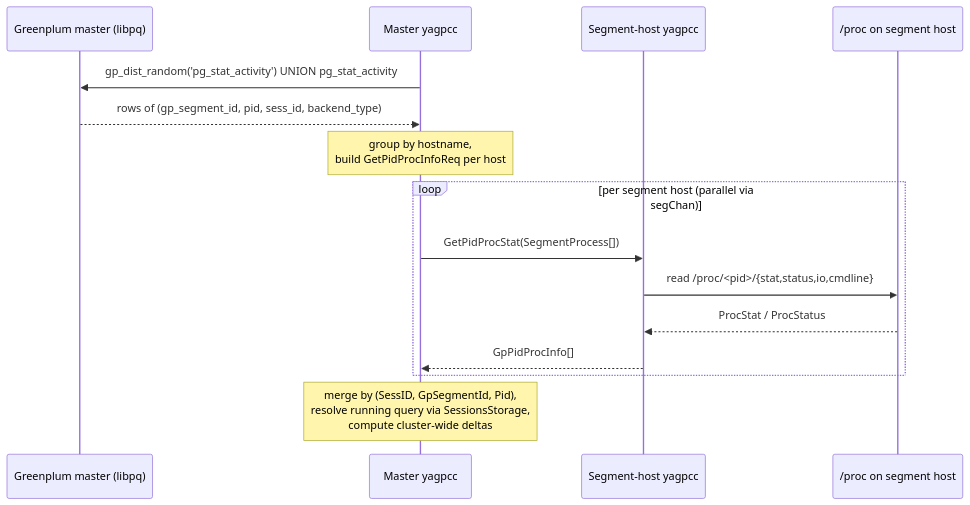
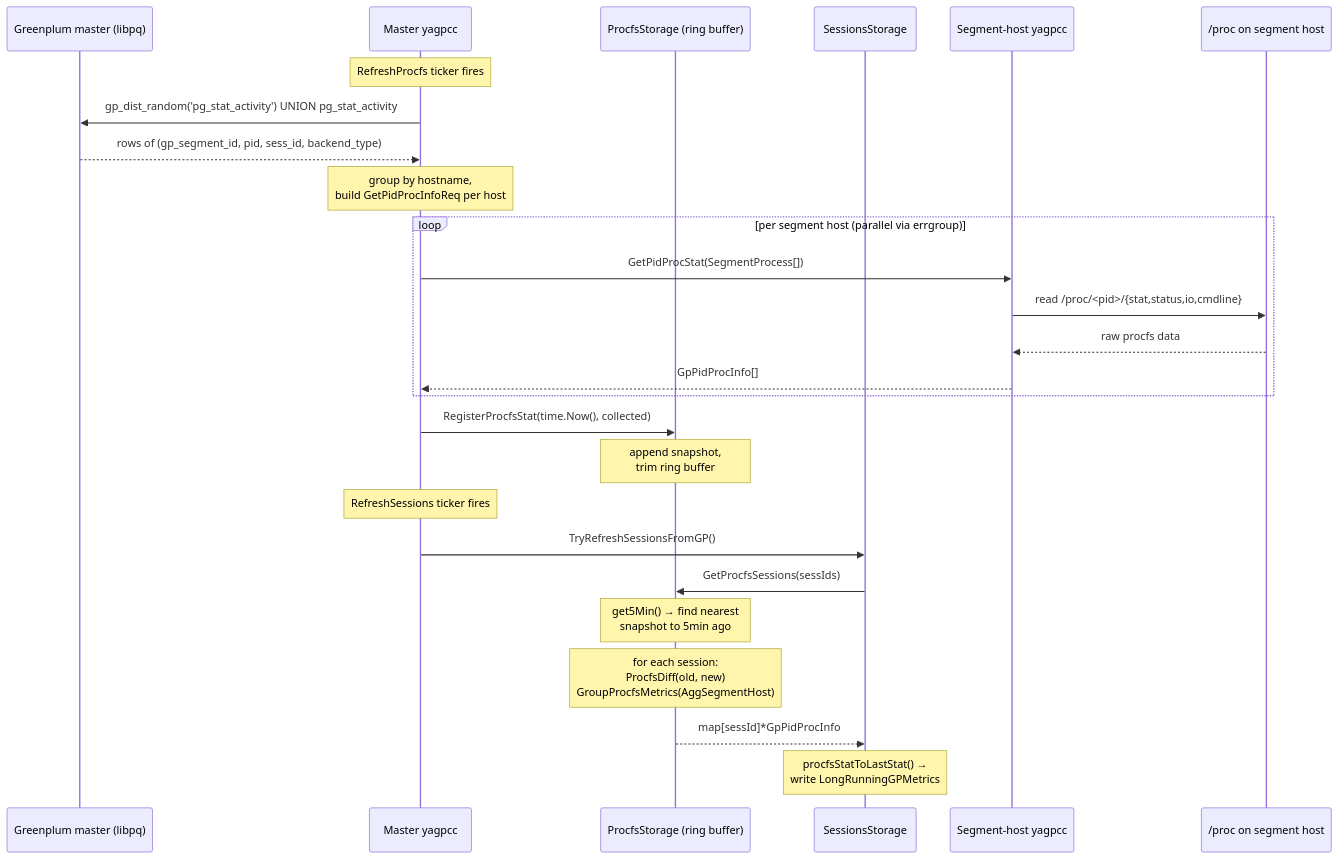
One commit to open-gpdb/yagpcc changed the diagram in docs/proc-stats-flow.md. Above: the diagram before and after it, drawn with Mermaid. The commit also changed other lines of this file, not shown here.

Commit message:
Make actual architecture description (#27)

````diff
--- a/docs/proc-stats-flow.md
+++ b/docs/proc-stats-flow.md
@@ -174,18 +241,30 @@
 ```mermaid
 sequenceDiagram
     participant GP as Greenplum master (libpq)
     participant M as Master yagpcc
+    participant PS as ProcfsStorage (ring buffer)
+    participant SS as SessionsStorage
     participant SH as Segment-host yagpcc
     participant Procfs as /proc on segment host
 
+    Note over M: RefreshProcfs ticker fires
     M->>GP: gp_dist_random('pg_stat_activity') UNION pg_stat_activity
     GP-->>M: rows of (gp_segment_id, pid, sess_id, backend_type)
     Note over M: group by hostname,<br/>build GetPidProcInfoReq per host
-    loop per segment host (parallel via segChan)
+    loop per segment host (parallel via errgroup)
         M->>SH: GetPidProcStat(SegmentProcess[])
         SH->>Procfs: read /proc/<pid>/{stat,status,io,cmdline}
-        Procfs-->>SH: ProcStat / ProcStatus
+        Procfs-->>SH: raw procfs data
         SH-->>M: GpPidProcInfo[]
     end
-    Note over M: merge by (SessID, GpSegmentId, Pid),<br/>resolve running query via SessionsStorage,<br/>compute cluster-wide deltas
+    M->>PS: RegisterProcfsStat(time.Now(), collected)
+    Note over PS: append snapshot,<br/>trim ring buffer
+
+    Note over M: RefreshSessions ticker fires
+    M->>SS: TryRefreshSessionsFromGP()
+    SS->>PS: GetProcfsSessions(sessIds)
+    Note over PS: get5Min() → find nearest<br/>snapshot to 5min ago
+    Note over PS: for each session:<br/>ProcfsDiff(old, new)<br/>GroupProcfsMetrics(AggSegmentHost)
+    PS-->>SS: map[sessId]*GpPidProcInfo
+    Note over SS: procfsStatToLastStat() →<br/>write LongRunningGPMetrics
 ```
````
